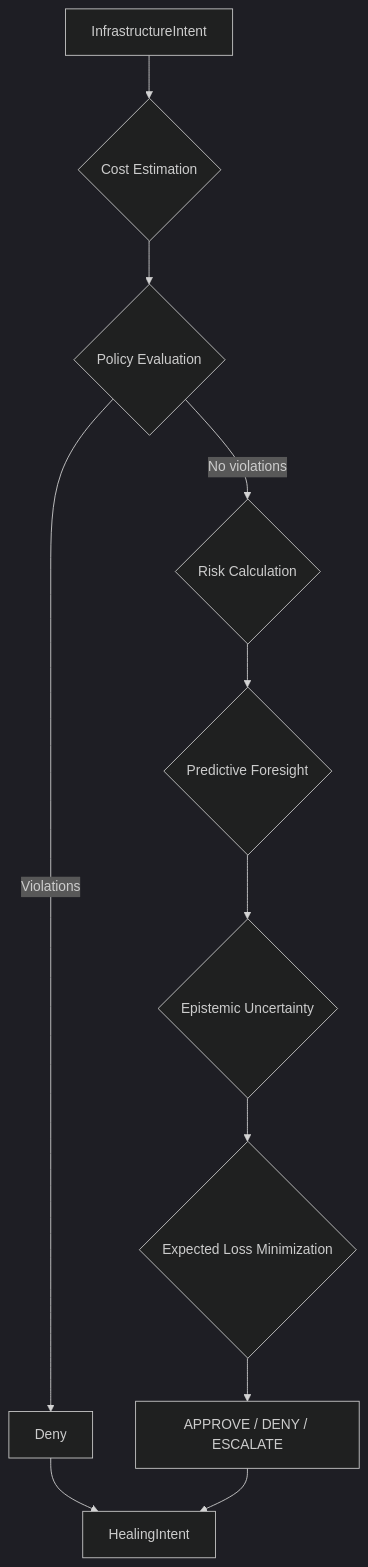
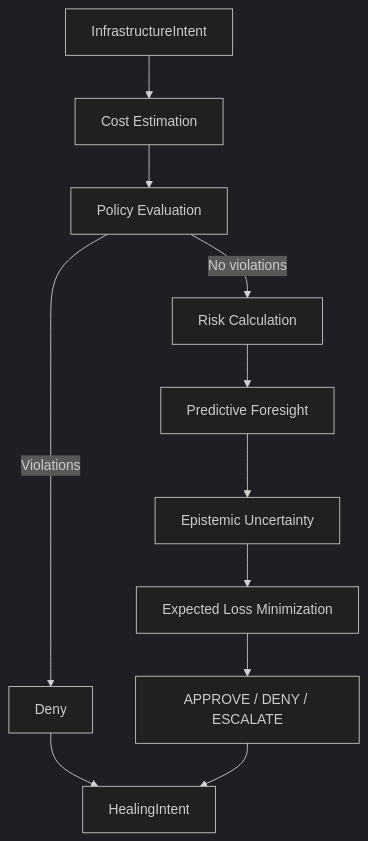
Before and after one commit to arf-foundation/arf-spec: the diagram in docs/governance.md, drawn with Mermaid (dark theme).

````diff
--- a/docs/governance.md
+++ b/docs/governance.md
@@ -104,13 +104,13 @@
 ```mermaid
 graph TD
-    A[InfrastructureIntent] --> B{Cost Estimation}
-    B --> C{Policy Evaluation}
-    C -->|Violations| D[Deny]
-    C -->|No violations| E{Risk Calculation}
-    E --> F{Predictive Foresight}
-    F --> G{Epistemic Uncertainty}
-    G --> H{Expected Loss Minimization}
-    H --> I[APPROVE / DENY / ESCALATE]
-    D --> J[HealingIntent]
+    A["InfrastructureIntent"] --> B["Cost Estimation"]
+    B --> C["Policy Evaluation"]
+    C -->|"Violations"| D["Deny"]
+    C -->|"No violations"| E["Risk Calculation"]
+    E --> F["Predictive Foresight"]
+    F --> G["Epistemic Uncertainty"]
+    G --> H["Expected Loss Minimization"]
+    H --> I["APPROVE / DENY / ESCALATE"]
+    D --> J["HealingIntent"]
     I --> J
 ```
````
